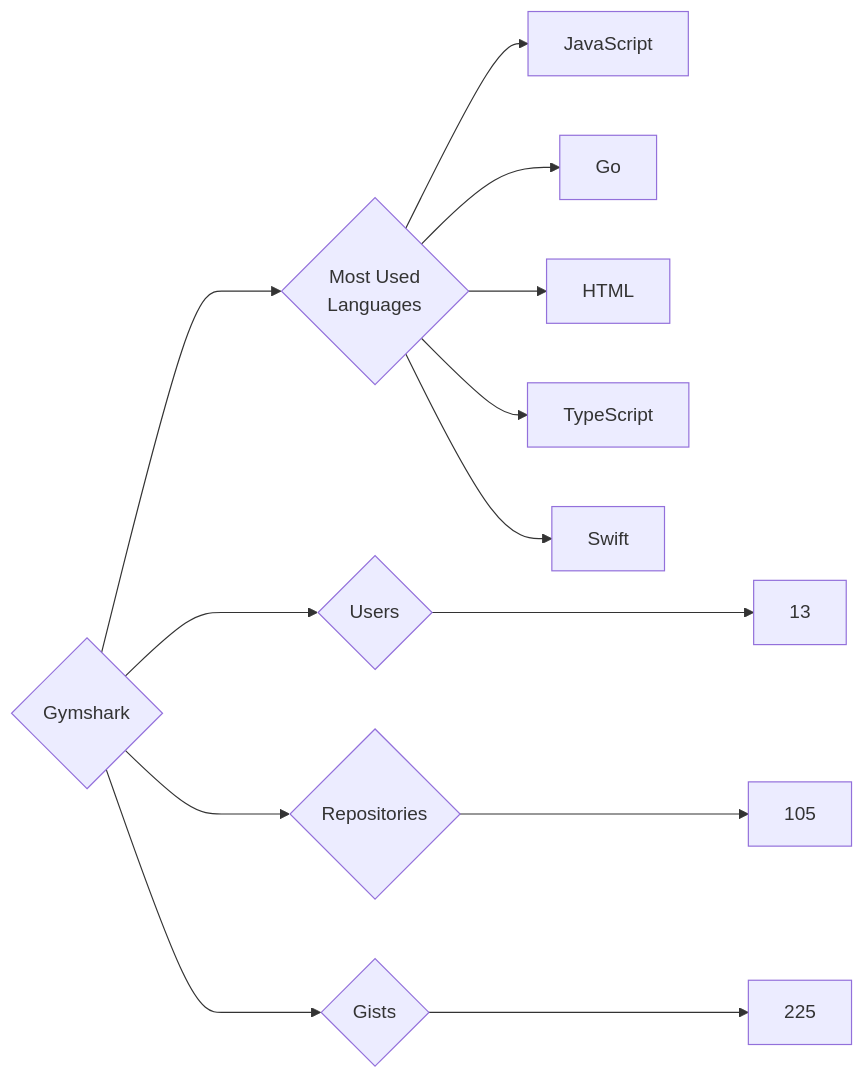
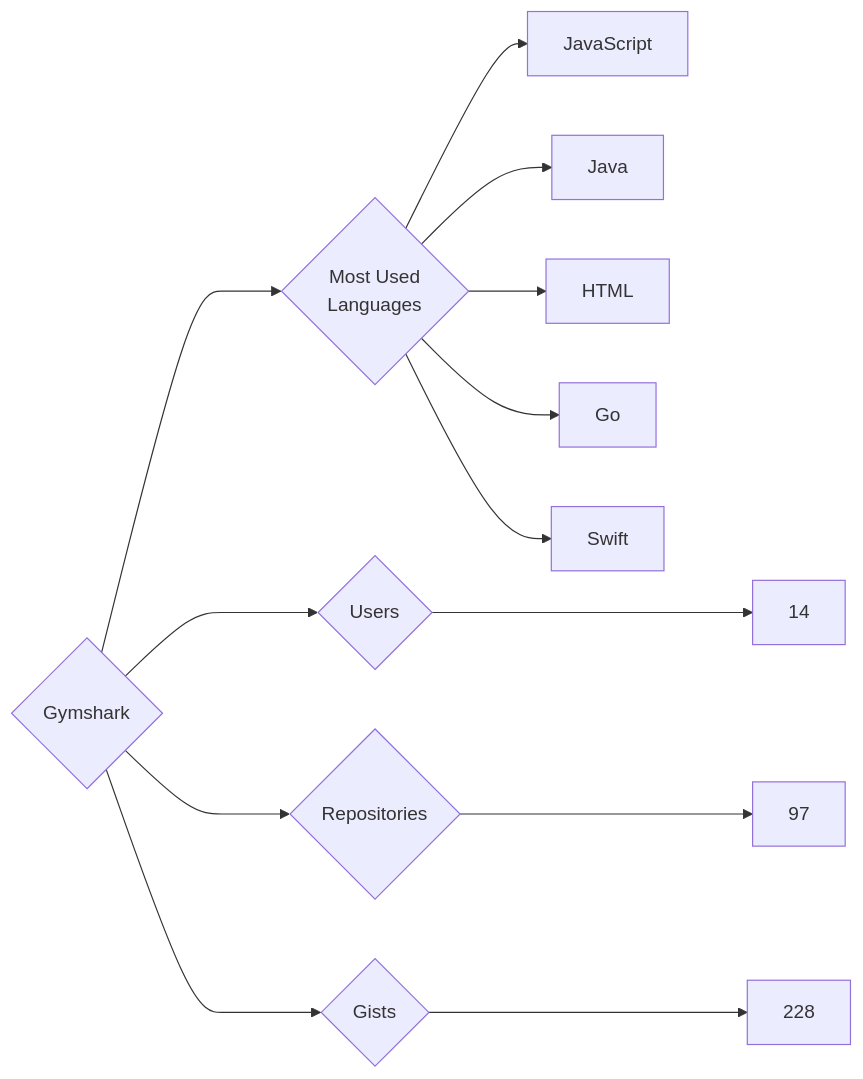
One commit to trickest/insiders changed the diagram in targets/Gymshark/README.md. Above: the diagram before and after it, drawn with Mermaid. The commit also changed 925 other files, not shown here.

````diff
--- a/targets/Gymshark/README.md
+++ b/targets/Gymshark/README.md
@@ -3,13 +3,13 @@
 ```mermaid
 graph LR
 COMPANY_NAME{Gymshark}
-COMPANY_NAME ---> U{Users} ---> UN[13]
-COMPANY_NAME ---> R{Repositories} ---> RN[105]
-COMPANY_NAME ---> G{Gists} ---> GN[225]
+COMPANY_NAME ---> U{Users} ---> UN[14]
+COMPANY_NAME ---> R{Repositories} ---> RN[97]
+COMPANY_NAME ---> G{Gists} ---> GN[228]
 COMPANY_NAME ---> ML{Most Used<br>Languages}
 ML --> JavaScript[JavaScript]
+ML --> Java[Java]
+ML --> HTML[HTML]
 ML --> Go[Go]
-ML --> HTML[HTML]
-ML --> TypeScript[TypeScript]
 ML --> Swift[Swift]
 ```
````
